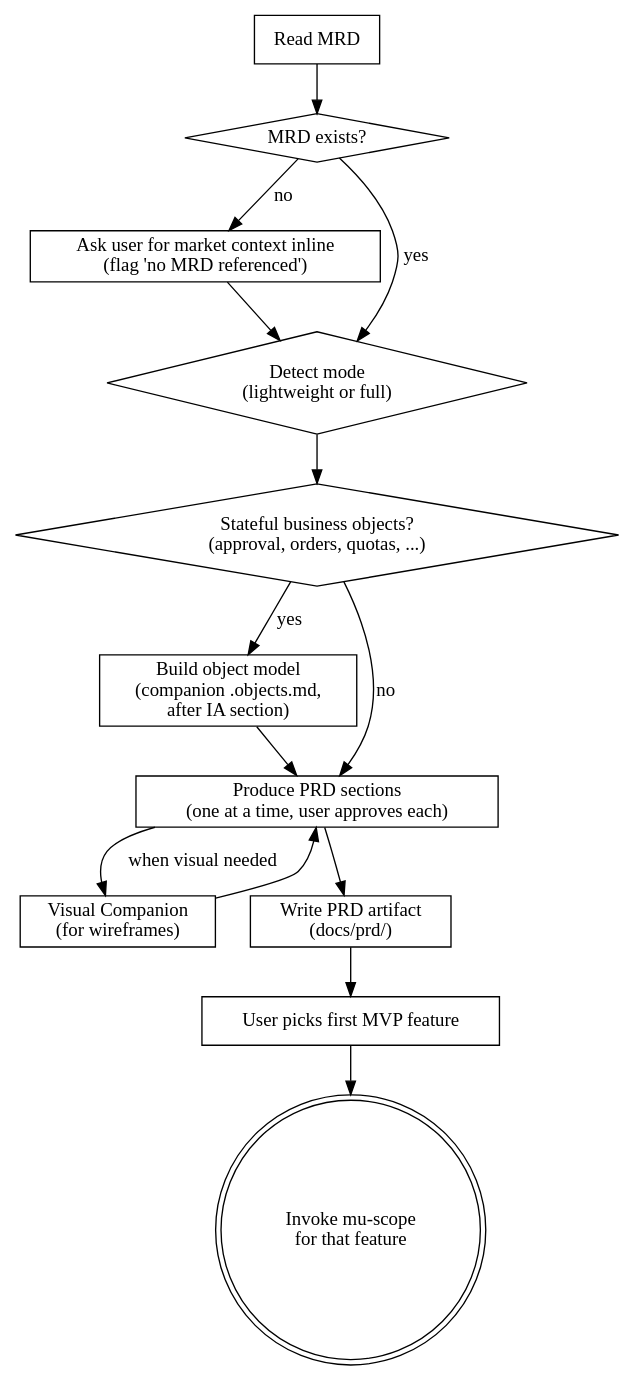
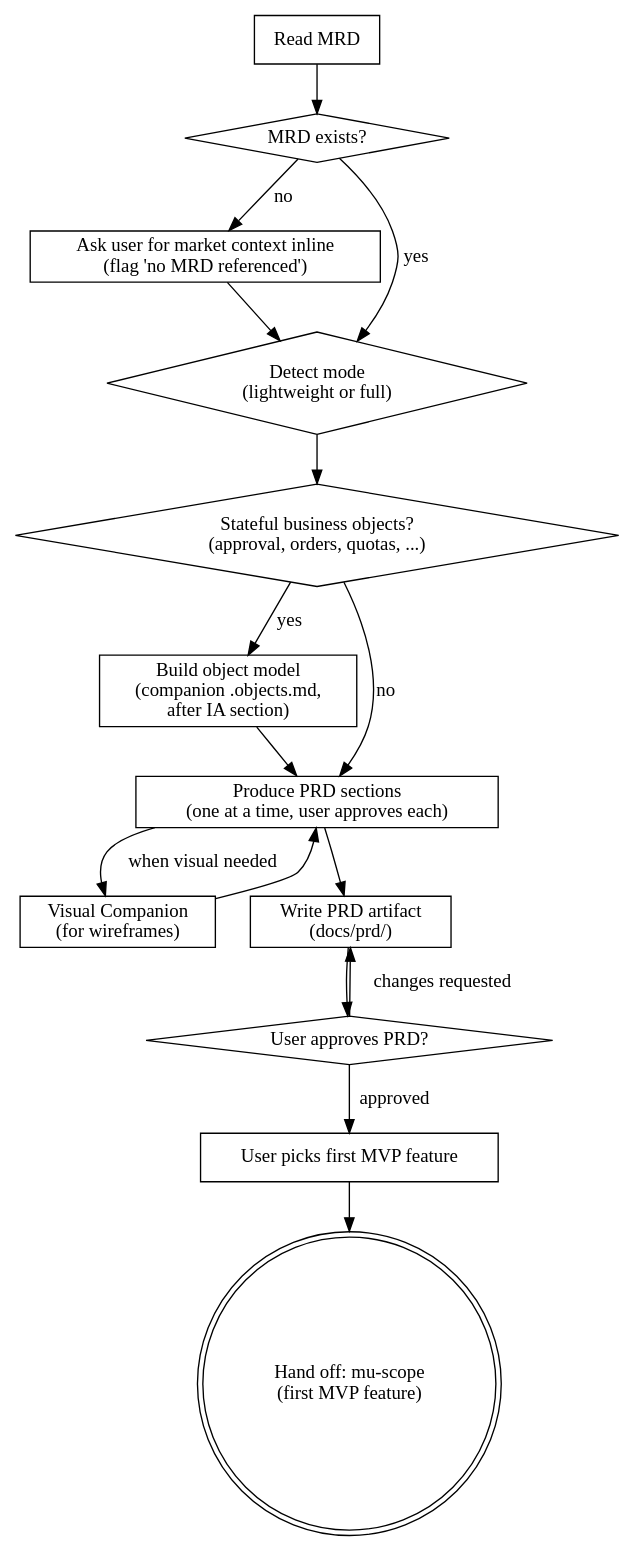
One commit to knotmark-ai/devmuse changed the diagram in skills/mu-prd/SKILL.md. Above: the diagram before and after it, drawn with Graphviz. The commit also changed other lines of this file and 4 other files, not shown here.

````diff
--- a/skills/mu-prd/SKILL.md
+++ b/skills/mu-prd/SKILL.md
@@ -73,29 +73,32 @@
 ```dot
 digraph mu_prd {
     "Read MRD" [shape=box];
     "MRD exists?" [shape=diamond];
     "Ask user for market context inline\n(flag 'no MRD referenced')" [shape=box];
     "Detect mode\n(lightweight or full)" [shape=diamond];
     "Stateful business objects?\n(approval, orders, quotas, ...)" [shape=diamond];
     "Build object model\n(companion .objects.md,\nafter IA section)" [shape=box];
     "Produce PRD sections\n(one at a time, user approves each)" [shape=box];
     "Visual Companion\n(for wireframes)" [shape=box];
     "Write PRD artifact\n(docs/prd/)" [shape=box];
+    "User approves PRD?" [shape=diamond];
     "User picks first MVP feature" [shape=box];
-    "Invoke mu-scope\nfor that feature" [shape=doublecircle];
+    "Hand off: mu-scope\n(first MVP feature)" [shape=doublecircle];
 
     "Read MRD" -> "MRD exists?";
     "MRD exists?" -> "Detect mode\n(lightweight or full)" [label="yes"];
     "MRD exists?" -> "Ask user for market context inline\n(flag 'no MRD referenced')" [label="no"];
     "Ask user for market context inline\n(flag 'no MRD referenced')" -> "Detect mode\n(lightweight or full)";
     "Detect mode\n(lightweight or full)" -> "Stateful business objects?\n(approval, orders, quotas, ...)";
     "Stateful business objects?\n(approval, orders, quotas, ...)" -> "Build object model\n(companion .objects.md,\nafter IA section)" [label="yes"];
     "Stateful business objects?\n(approval, orders, quotas, ...)" -> "Produce PRD sections\n(one at a time, user approves each)" [label="no"];
     "Build object model\n(companion .objects.md,\nafter IA section)" -> "Produce PRD sections\n(one at a time, user approves each)";
     "Produce PRD sections\n(one at a time, user approves each)" -> "Visual Companion\n(for wireframes)" [label="when visual needed"];
     "Visual Companion\n(for wireframes)" -> "Produce PRD sections\n(one at a time, user approves each)";
     "Produce PRD sections\n(one at a time, user approves each)" -> "Write PRD artifact\n(docs/prd/)";
-    "Write PRD artifact\n(docs/prd/)" -> "User picks first MVP feature";
-    "User picks first MVP feature" -> "Invoke mu-scope\nfor that feature";
+    "Write PRD artifact\n(docs/prd/)" -> "User approves PRD?";
+    "User approves PRD?" -> "Write PRD artifact\n(docs/prd/)" [label="changes requested"];
+    "User approves PRD?" -> "User picks first MVP feature" [label="approved"];
+    "User picks first MVP feature" -> "Hand off: mu-scope\n(first MVP feature)";
 }
 ```
````
